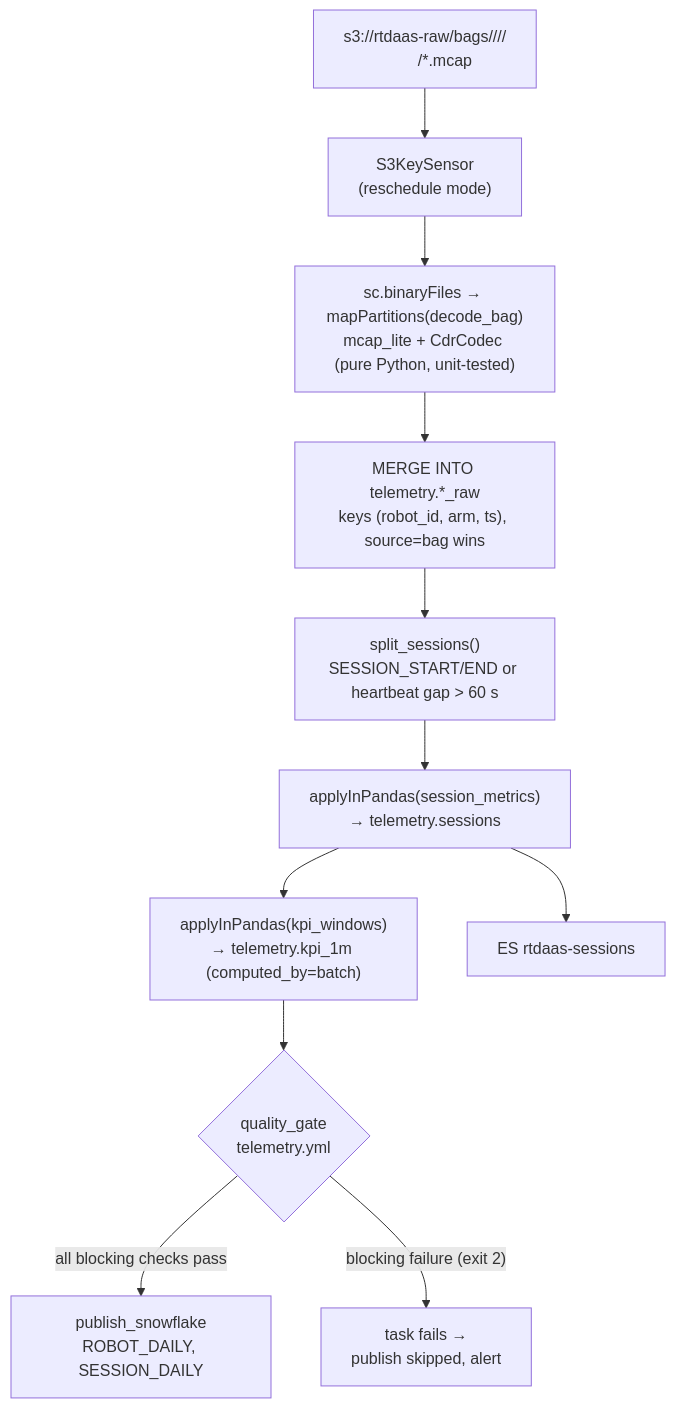
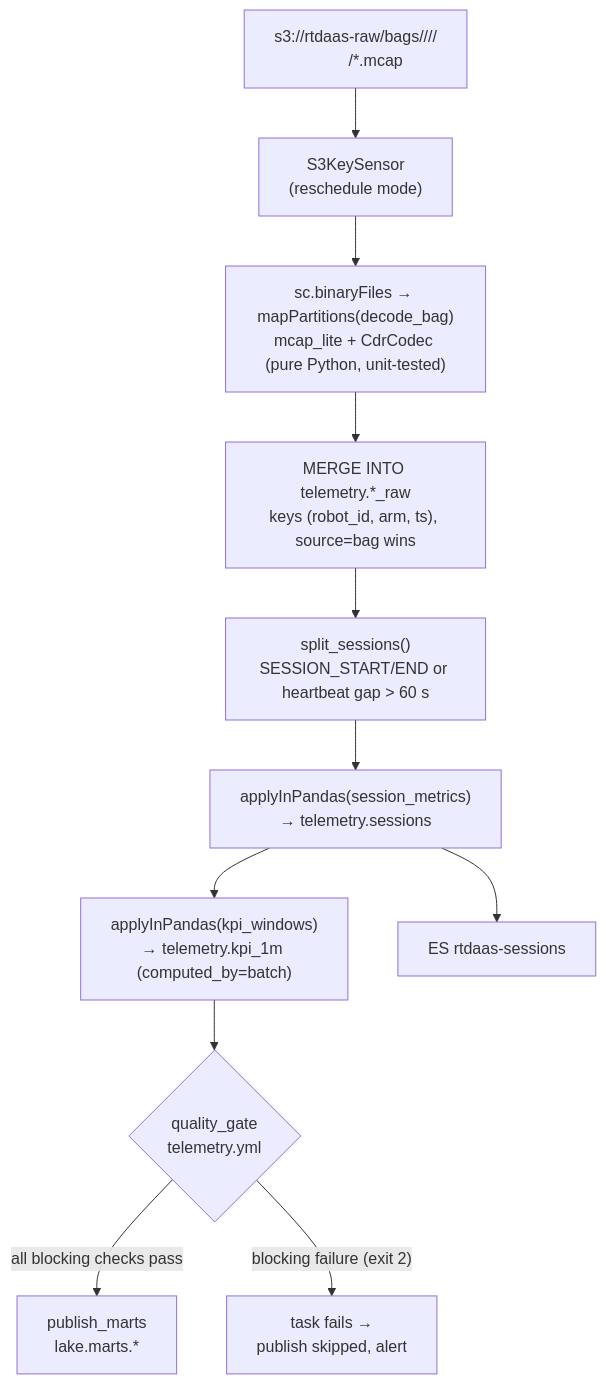
Before and after one commit to tom-f-oconnell/robot-telemetry-daas: the diagram in docs/diagrams/batch-flow.mmd, drawn with Mermaid. The commit also changed 38 other files, not shown here.

```diff
--- a/docs/diagrams/batch-flow.mmd
+++ b/docs/diagrams/batch-flow.mmd
@@ -1,17 +1,17 @@
 flowchart TB
     s3["s3://rtdaas-raw/bags/<robot>/<yyyy>/<mm>/<dd>/*.mcap"]
     sensor["S3KeySensor<br/>(reschedule mode)"]
     decode["sc.binaryFiles → mapPartitions(decode_bag)<br/>mcap_lite + CdrCodec (pure Python, unit-tested)"]
     raw["MERGE INTO telemetry.*_raw<br/>keys (robot_id, arm, ts), source=bag wins"]
     split["split_sessions()<br/>SESSION_START/END or heartbeat gap > 60 s"]
     sess["applyInPandas(session_metrics)<br/>→ telemetry.sessions"]
     kpi["applyInPandas(kpi_windows)<br/>→ telemetry.kpi_1m (computed_by=batch)"]
     gate{"quality_gate<br/>telemetry.yml"}
-    pub["publish_snowflake<br/>ROBOT_DAILY, SESSION_DAILY"]
+    pub["publish_marts<br/>lake.marts.*"]
     esx["ES rtdaas-sessions"]
     fail["task fails →<br/>publish skipped, alert"]
 
     s3 --> sensor --> decode --> raw --> split --> sess --> kpi --> gate
     gate -- all blocking checks pass --> pub
     gate -- blocking failure (exit 2) --> fail
     sess --> esx
```
